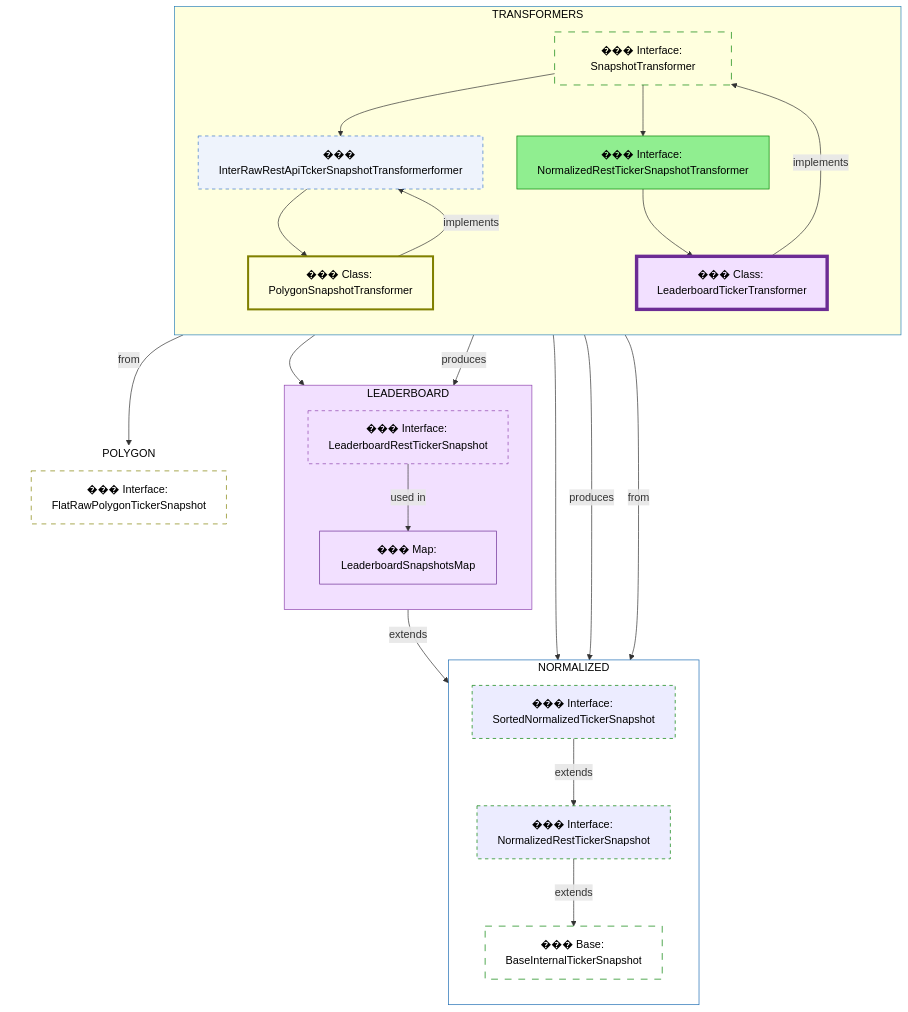
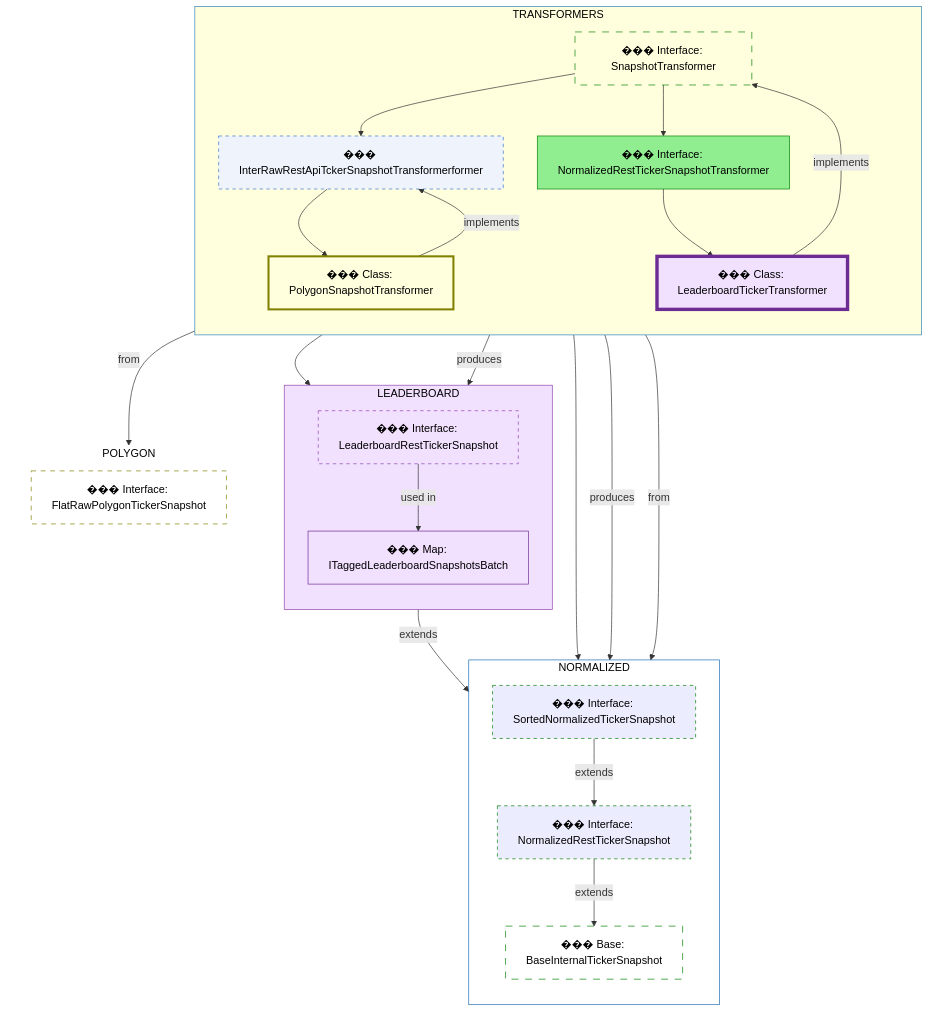
The diagram in src/docs/diagrams/rest-ticker-snapshot-transformer-hierarchy.graph.mmd (monolithgoon/momentum-trend-notification-bot), drawn with Mermaid before and after one commit. The commit also changed 68 other files, not shown here.

```diff
--- a/src/docs/diagrams/rest-ticker-snapshot-transformer-hierarchy.graph.mmd
+++ b/src/docs/diagrams/rest-ticker-snapshot-transformer-hierarchy.graph.mmd
@@ -1,90 +1,90 @@
 flowchart TD
 
   %% === TRANSFORMERS CLUSTER ===
   subgraph TRANSFORMERS
     direction TB
     style TRANSFORMERS fill:#,stroke:#2980b9,stroke-width:1px,color:#000;
     I4["��� Interface: SnapshotTransformer"]
     I1["��� InterRawRestApiTckerSnapshotTransformerformer"]
     I3["��� Interface: NormalizedRestTickerSnapshotTransformer"]
     C1["���️ Class: PolygonSnapshotTransformer"]
     C2["���️ Class: LeaderboardTickerTransformer"]
   end
 
   %% === NORMALIZED CLUSTER ===
   subgraph NORMALIZED
     direction TB
     style NORMALIZED fill:none,stroke:#1c6cb3,stroke-width:1px,color:#000;
     A1["��� Base: BaseInternalTickerSnapshot"]
     A2["��� Interface: NormalizedRestTickerSnapshot"]
     A3["��� Interface: SortedNormalizedTickerSnapshot"]
   end
 
   %% === LEADERBOARD CLUSTER ===
   subgraph LEADERBOARD
     direction TB
     style LEADERBOARD fill:#f2e0ff,stroke:#8e44ad,stroke-width:1px,color:#000;
     A4["��� Interface: LeaderboardRestTickerSnapshot"]
-    M1["��� Map: LeaderboardSnapshotsMap"]
+    M1["��� Map: ITaggedLeaderboardSnapshotsBatch"]
   end
 
   %% === POLYGON CLUSTER ===
   subgraph POLYGON
     direction TB
     style POLYGON fill:none,stroke:#0e7a6f,stroke-width:0px,color:#000;
     R1["��� Interface: FlatRawPolygonTickerSnapshot"]
   end
 
   %% === Rank / Positioning Edges
   I4 --> I1
   I4 --> I3
   I1 --> C1
   I3 --> C2
   C1 --> A2
   C2 --> A4
 
   %% === Snapshot Inheritance
   A2 -->|extends| A1
   A3 -->|extends| A2
   A4 -->|extends| A1
 
   %% === Implementation + Transformation Edges
   C1 -->|implements| I1
   C1 -->|produces| A2
   C1 -->|from| R1
 
   C2 -->|implements| I4
   C2 -->|produces| A4
   C2 -->|from| A2
 
   A4 -->|used in| M1
 
   %% === Style Definitions ===
   classDef normalized-transformer-interface fill:lightgreen,stroke:green,color:#000,stroke: 5;
   classDef normalized-interface fill:apple,stroke:green,color:#000,stroke-dasharray: 5 5;
   classDef normalized-class fill:lightgreen,stroke:green,color:#000,stroke-width:4px;
 
   classDef polygon-class fill:none,stroke:olive,color:#000,stroke-width:3px;
   classDef polygon-interface fill:none,stroke:olive,color:#000,stroke-dasharray: 7 7;
 
   classDef leaderboard-interface fill:#f2e0ff,stroke:#8e44ad,color:#000,stroke-dasharray: 5 5;
   classDef leaderboard-class fill:#f2e0ff,stroke:#6c2c94,color:#000,stroke-width:5px;
   classDef map fill:none,stroke:#6c2c94,color:#000,fill:#f2e0ff,stroke-width:1px;
 
   classDef base-interface fill:none,stroke:green,color:#000,stroke-dasharray: 10;
   classDef base-class fill:none,stroke:green,color:#000,stroke-width:5px;
 
   classDef transformer-interface fill:#eef3fc,stroke:#3a75c4,color:#000,stroke-dasharray: 5 5;
 
   %% === Apply Styles ===
   class A1 base-interface
   class A2,A3 normalized-interface
   class A4 leaderboard-interface
   class R1 polygon-interface
 
   class I4 base-interface
   class I3 normalized-transformer-interface
   class I1 transformer-interface
   class C1 polygon-class
   class C2 leaderboard-class
   class M1 map
```
